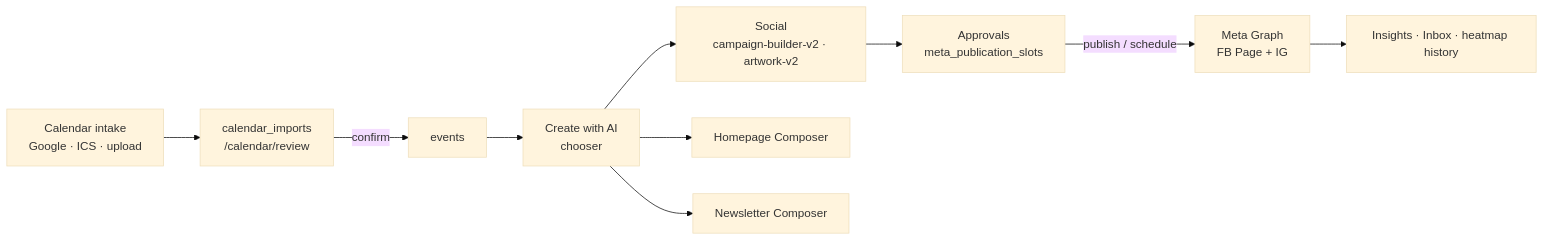
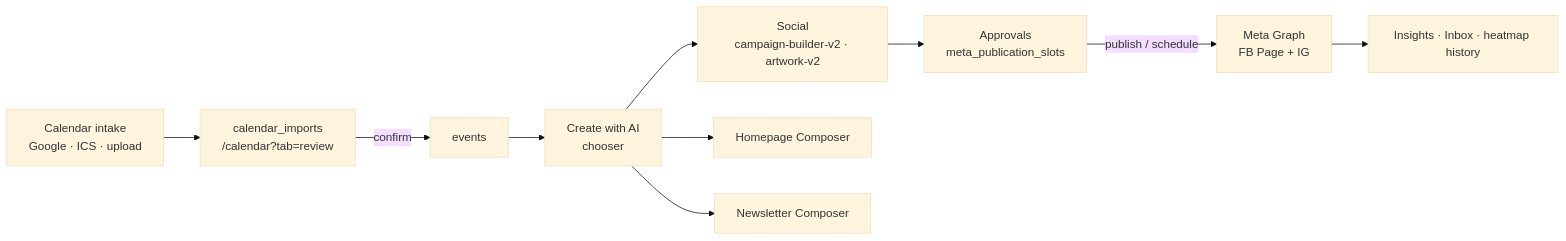
Before and after one commit to marrinahueso-ai/campaignos: the second of 2 diagrams in docs/engineering/architecture.md, drawn with Mermaid (base theme). The commit also changed other lines of this file and 9 other files, not shown here.

````diff
--- a/docs/engineering/architecture.md
+++ b/docs/engineering/architecture.md
@@ -144,22 +144,22 @@
 ```mermaid
 flowchart LR
   Intake["Calendar intake<br/>Google · ICS · upload"]
-  Review["calendar_imports<br/>/calendar/review"]
+  Review["calendar_imports<br/>/calendar?tab=review"]
   Events["events"]
   Chooser["Create with AI<br/>chooser"]
   Social["Social<br/>campaign-builder-v2 · artwork-v2"]
   Home["Homepage Composer"]
   News["Newsletter Composer"]
   Appr["Approvals<br/>meta_publication_slots"]
   Meta["Meta Graph<br/>FB Page + IG"]
 
   Intake --> Review
   Review -->|"confirm"| Events
   Events --> Chooser
   Chooser --> Social
   Chooser --> Home
   Chooser --> News
   Social --> Appr
   Appr -->|"publish / schedule"| Meta
   Meta --> Insights["Insights · Inbox · heatmap history"]
 ```
````
